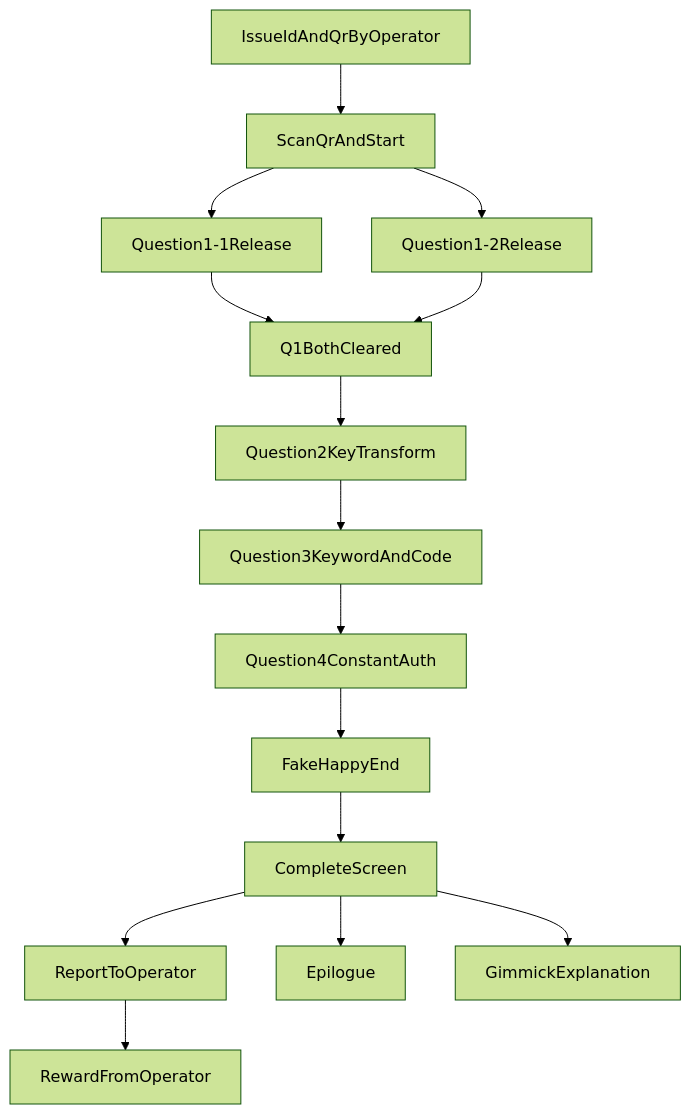
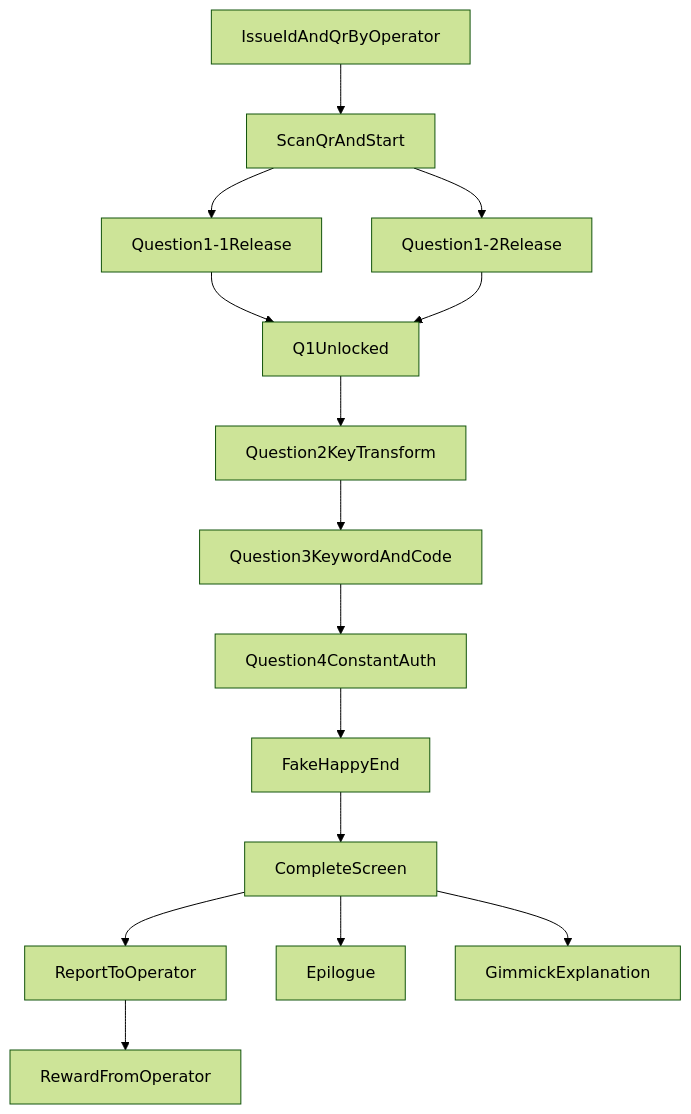
Before and after one commit to Nagomu0128/icho-specs: the diagram in specs.md, drawn with Mermaid (forest theme).

````diff
--- a/specs.md
+++ b/specs.md
@@ -56,17 +56,17 @@
 ```mermaid
 flowchart TD
 idIssue[IssueIdAndQrByOperator] --> start[ScanQrAndStart]
 start --> q1_1[Question1-1Release]
 start --> q1_2[Question1-2Release]
-q1_1 --> q1Gate[Q1BothCleared]
-q1_2 --> q1Gate
-q1Gate --> q2[Question2KeyTransform]
+q1_1 --> q1[Q1Unlocked]
+q1_2 --> q1[Q1Unlocked]
+q1 --> q2[Question2KeyTransform]
 q2 --> q3[Question3KeywordAndCode]
 q3 --> q4[Question4ConstantAuth]
 q4 --> fakeEnd[FakeHappyEnd]
 fakeEnd --> complete[CompleteScreen]
 complete --> report[ReportToOperator]
 report --> reward[RewardFromOperator]
 complete --> epilogue[Epilogue]
 complete --> explain[GimmickExplanation]
 ```
````
